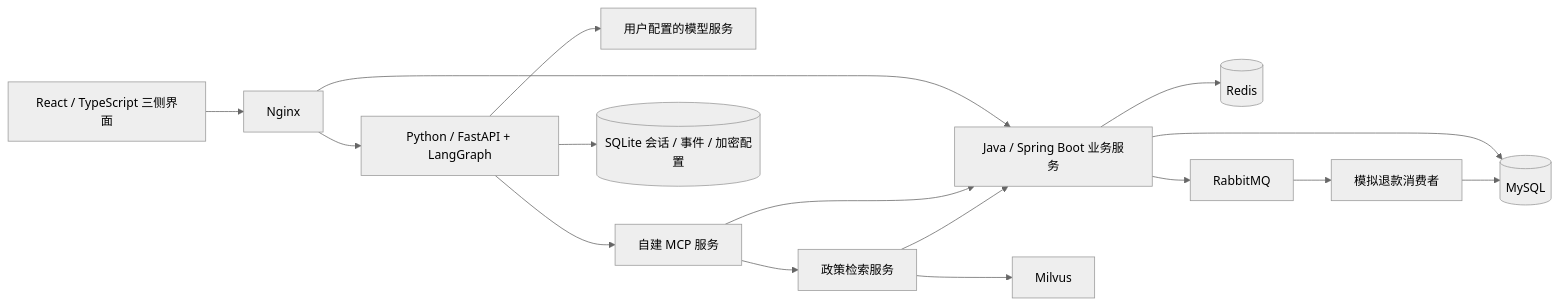
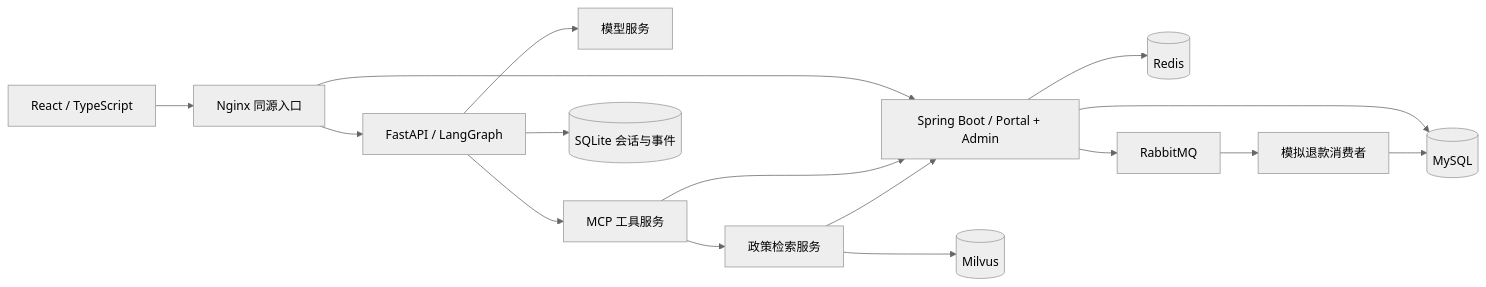
The second of 2 diagrams in README.md (GRIZ200005/shop-agent-stack), drawn with Mermaid (neutral theme) before and after one commit. The commit also changed other lines of this file and 13 other files, not shown here.

````diff
--- a/README.md
+++ b/README.md
@@ -32,18 +129,18 @@
 ```mermaid
 flowchart LR
-    UI[React / TypeScript 三侧界面] --> N[Nginx]
-    N --> J[Java / Spring Boot 业务服务]
-    N --> A[Python / FastAPI + LangGraph]
-    A --> L[用户配置的模型服务]
-    A --> M[自建 MCP 服务]
+    UI[React / TypeScript] --> N[Nginx 同源入口]
+    N --> J[Spring Boot / Portal + Admin]
+    N --> A[FastAPI / LangGraph]
+    A --> L[模型服务]
+    A --> M[MCP 工具服务]
     M --> J
     M --> R[政策检索服务]
-    R --> V[Milvus]
+    R --> V[(Milvus)]
     R --> J
     J --> D[(MySQL)]
     J --> C[(Redis)]
     J --> Q[RabbitMQ]
     Q --> W[模拟退款消费者]
     W --> D
-    A --> S[(SQLite 会话 / 事件 / 加密配置)]
+    A --> S[(SQLite 会话与事件)]
 ```
````
